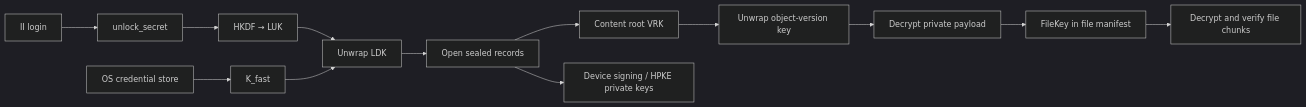
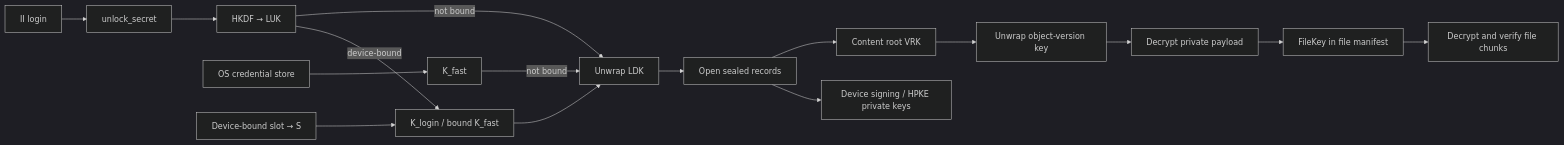
Before and after one commit to ldclabs/ic-panda: the diagram in docs/dmsg_encryption.md, drawn with Mermaid (dark theme). The commit also changed other lines of this file and 1 other file, not shown here.

First line of the commit message:
docs(dmsg): cover approval keys and device-bound unlock in the encryption guide

````diff
--- a/docs/dmsg_encryption.md
+++ b/docs/dmsg_encryption.md
@@ -69,15 +75,18 @@
 ```mermaid
 flowchart LR
   II[II login] --> S[unlock_secret]
   S --> L[HKDF → LUK]
   OS[OS credential store] --> KP[K_fast]
-  L --> D[Unwrap LDK]
-  KP --> D
+  SE[Device-bound slot → S] --> KB[K_login / bound K_fast]
+  L -->|not bound| D[Unwrap LDK]
+  L -->|device-bound| KB
+  KP -->|not bound| D
+  KB --> D
   D --> B[Open sealed records]
   B --> R[Content root VRK]
   B --> K[Device signing / HPKE private keys]
   R --> V[Unwrap object-version key]
   V --> C[Decrypt private payload]
   C --> F[FileKey in file manifest]
   F --> X[Decrypt and verify file chunks]
 ```
````
